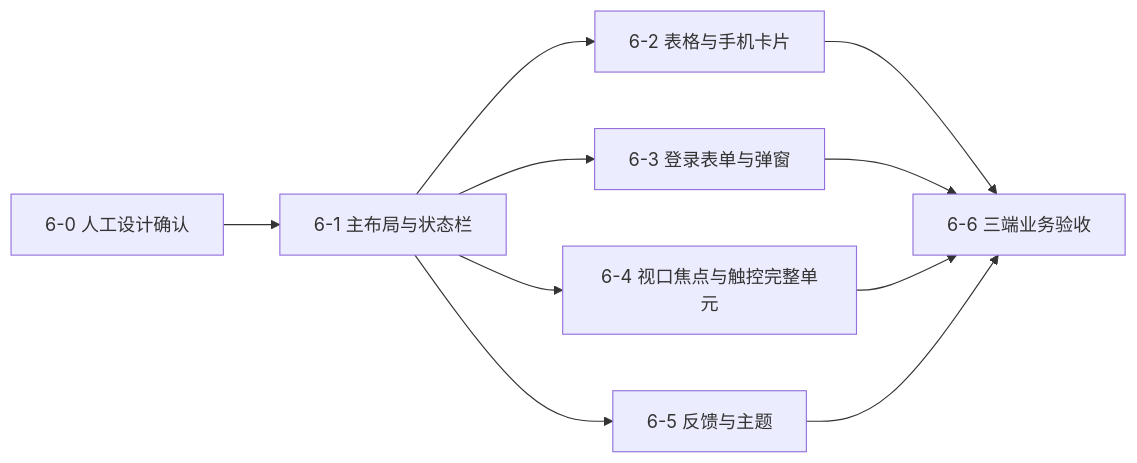
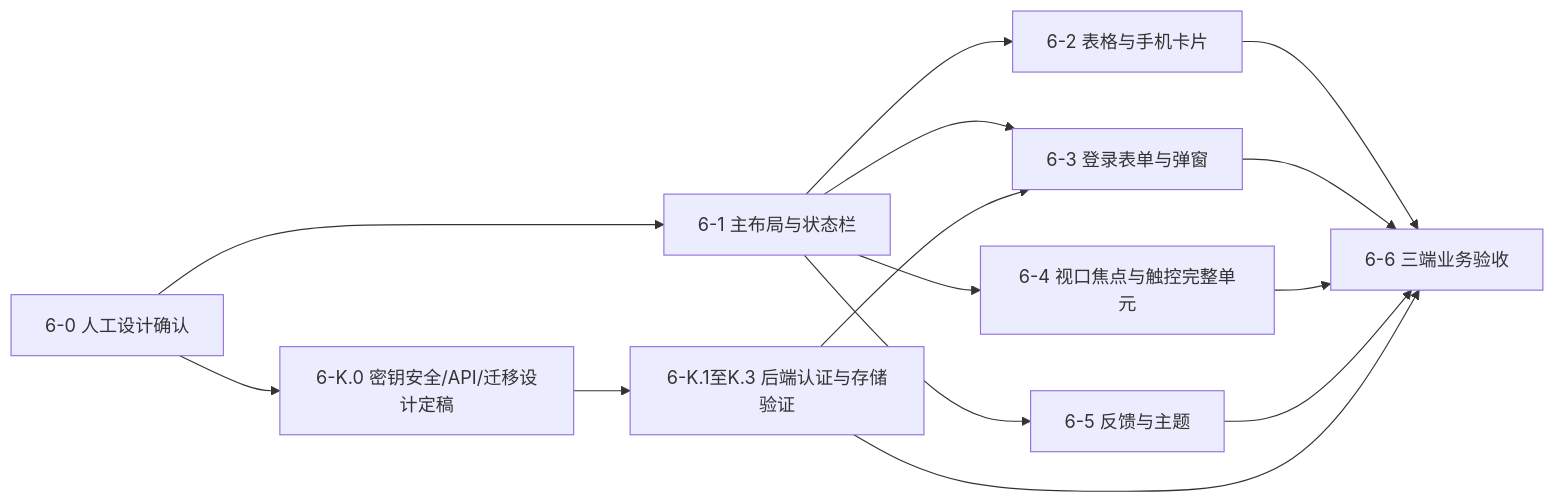
The diagram in doc/stage-6-implementation-plan.md (stearsc/web-ssh), drawn with Mermaid before and after one commit. The commit also changed other lines of this file, not shown here.

````diff
--- a/doc/stage-6-implementation-plan.md
+++ b/doc/stage-6-implementation-plan.md
@@ -129,12 +137,16 @@
 ```mermaid
 flowchart LR
   A[6-0 人工设计确认] --> B[6-1 主布局与状态栏]
+  A --> K0[6-K.0 密钥安全/API/迁移设计定稿]
+  K0 --> K1[6-K.1至K.3 后端认证与存储验证]
   B --> C[6-2 表格与手机卡片]
   B --> D[6-3 登录表单与弹窗]
+  K1 --> D
   B --> E[6-4 视口焦点与触控完整单元]
   B --> F[6-5 反馈与主题]
   C --> V[6-6 三端业务验收]
   D --> V
   E --> V
   F --> V
+  K1 --> V
 ```
````
